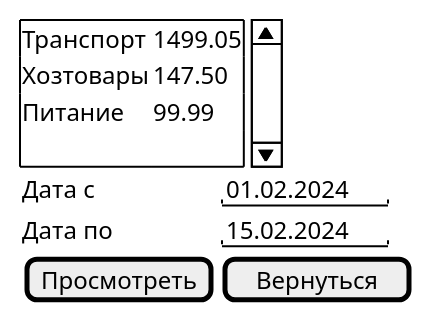
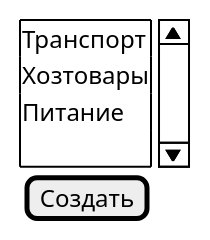
Before and after one commit to kirillow66/COSTS: the diagram in readme.puml/categories.puml, drawn with PlantUML. The commit also changed 12 other files, not shown here.

```diff
--- a/readme.puml/categories.puml
+++ b/readme.puml/categories.puml
@@ -1,15 +1,13 @@
 @startsalt categories
 {
     {SI
-        Транспорт | 1499.05
-        Хозтовары | 147.50
-        Питание   | 99.99
+        Транспорт
+        Хозтовары
+        Питание
         .
     }
     {
-       Дата с | "01.02.2024"
-       Дата по | "15.02.2024"
-       [Просмотреть] | [ Вернуться ]
+        [Создать]
     }
 }
 @endsalt
```
